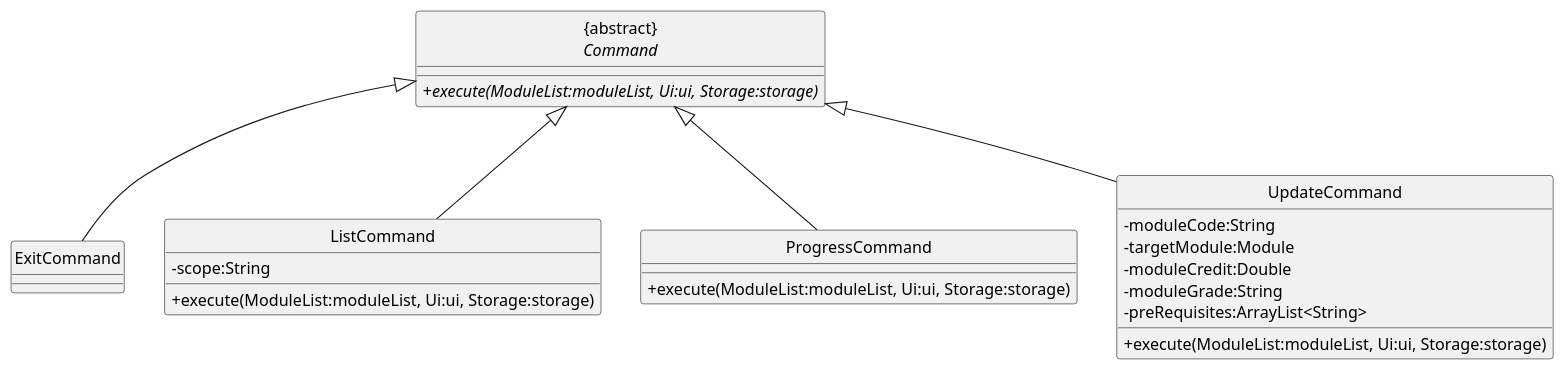
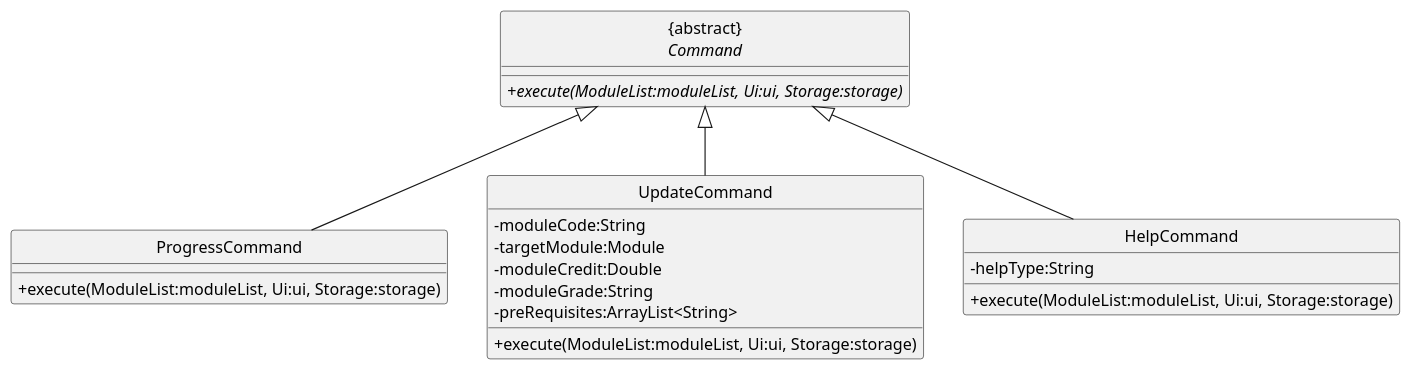
The diagram in docs/diagrams/CommandClassDiagram2.puml (oscarlai1998/tp), drawn with PlantUML before and after one commit. The commit also changed 8 other files, not shown here.

Commit message:
Split Command class diagram into 3, add testing to PPP

```diff
--- a/docs/diagrams/CommandClassDiagram2.puml
+++ b/docs/diagrams/CommandClassDiagram2.puml
@@ -1,35 +1,32 @@
 @startuml
 
 hide circle
 skinparam classAttributeIconSize 0
 
 class "{abstract}\n<i>Command" {
     +<i>execute(ModuleList:moduleList, Ui:ui, Storage:storage)
 }
 
-class "ExitCommand" {
-}
-
-class "ListCommand" {
-    -scope:String
-    +execute(ModuleList:moduleList, Ui:ui, Storage:storage)
-}
 
 class "ProgressCommand" {
     +execute(ModuleList:moduleList, Ui:ui, Storage:storage)
 }
 
 class "UpdateCommand" {
     -moduleCode:String
     -targetModule:Module
     -moduleCredit:Double
     -moduleGrade:String
     -preRequisites:ArrayList<String>
     +execute(ModuleList:moduleList, Ui:ui, Storage:storage)
 }
 
-"{abstract}\n<i>Command" <|-- "ExitCommand"
-"{abstract}\n<i>Command" <|-- "ListCommand"
+class "HelpCommand" {
+    -helpType:String
+    +execute(ModuleList:moduleList, Ui:ui, Storage:storage)
+}
+
 "{abstract}\n<i>Command" <|-- "ProgressCommand"
 "{abstract}\n<i>Command" <|-- "UpdateCommand"
+"{abstract}\n<i>Command" <|-- "HelpCommand"
 @enduml
```
